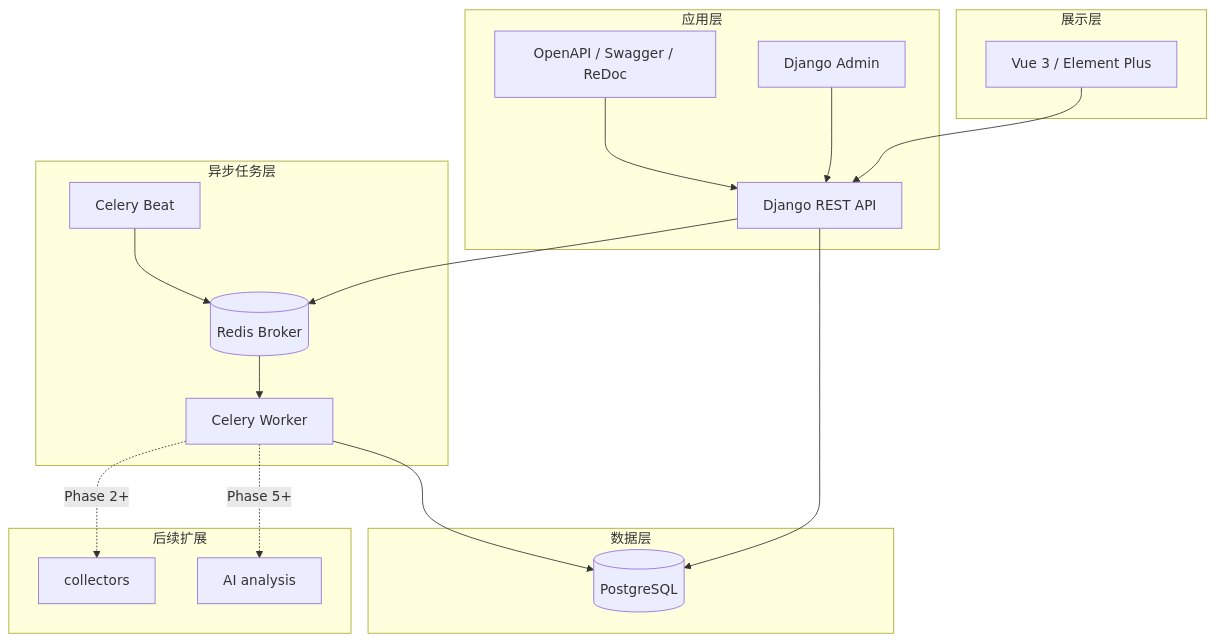
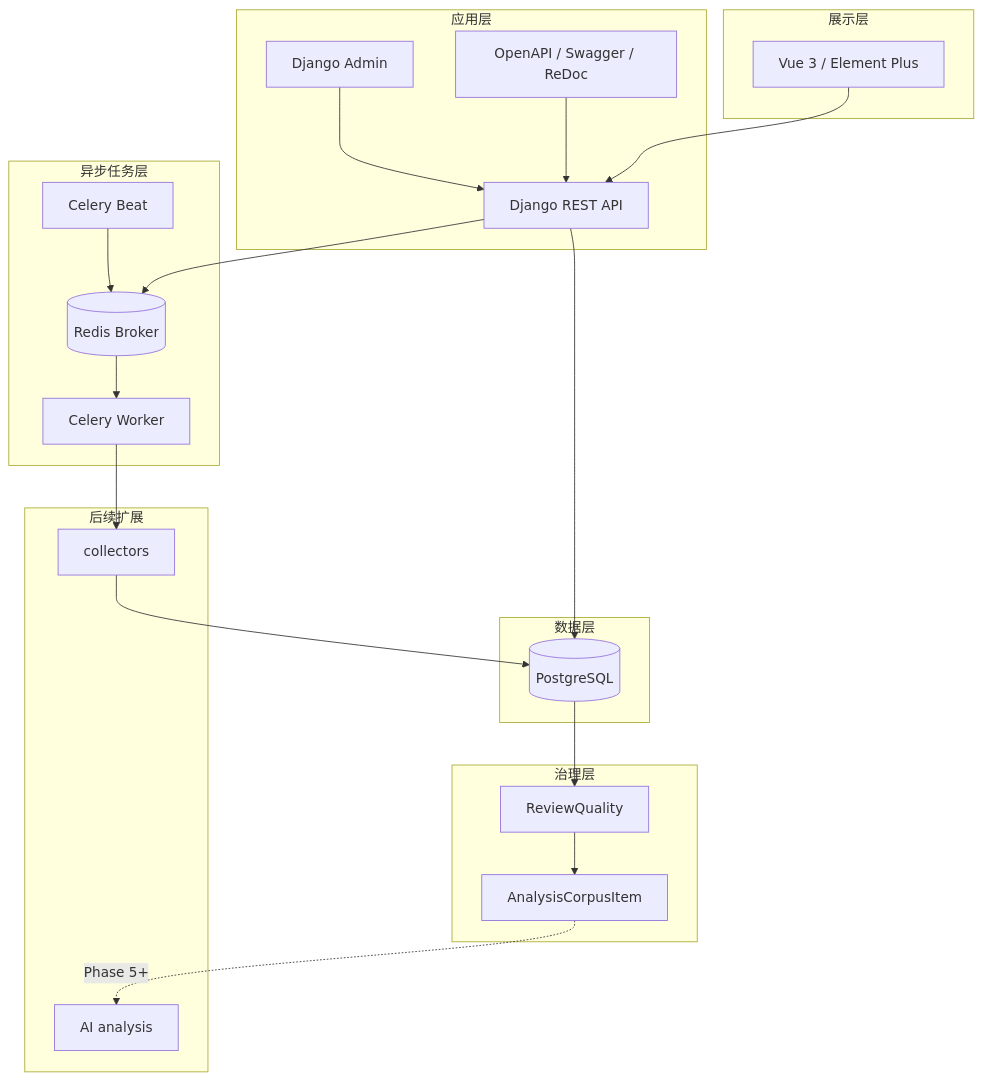
Before and after one commit to yunfei00/phone-voice-insight: the first of 2 diagrams in docs/architecture.md, drawn with Mermaid. The commit also changed other lines of this file and 48 other files, not shown here.

````diff
--- a/docs/architecture.md
+++ b/docs/architecture.md
@@ -5,33 +5,37 @@
 ```mermaid
 flowchart TB
     subgraph UI["展示层"]
         V["Vue 3 / Element Plus"]
     end
     subgraph API["应用层"]
         D["Django REST API"]
         AD["Django Admin"]
         S["OpenAPI / Swagger / ReDoc"]
     end
     subgraph JOB["异步任务层"]
         R[("Redis Broker")]
         W["Celery Worker"]
         B["Celery Beat"]
     end
     subgraph DATA["数据层"]
         PG[("PostgreSQL")]
     end
+    subgraph GOV["治理层"]
+        Q["ReviewQuality"]
+        CORP["AnalysisCorpusItem"]
+    end
     subgraph EXT["后续扩展"]
-        C["collectors"]
+        COL["collectors"]
         AI["AI analysis"]
     end
 
     V --> D
     AD --> D
     S --> D
     D --> PG
     D --> R
     B --> R --> W
-    W --> PG
-    W -. "Phase 2+" .-> C
-    W -. "Phase 5+" .-> AI
+    W --> COL --> PG
+    PG --> Q --> CORP
+    CORP -. "Phase 5+" .-> AI
 ```
````
